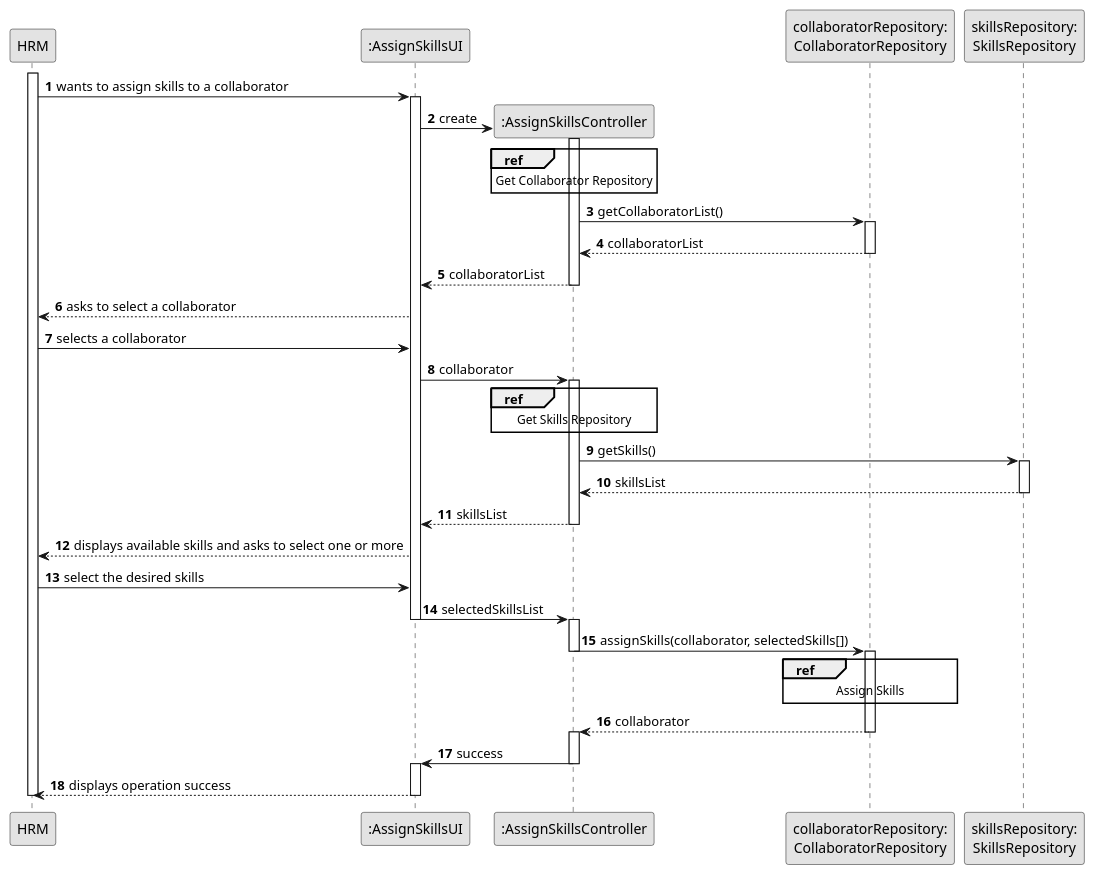
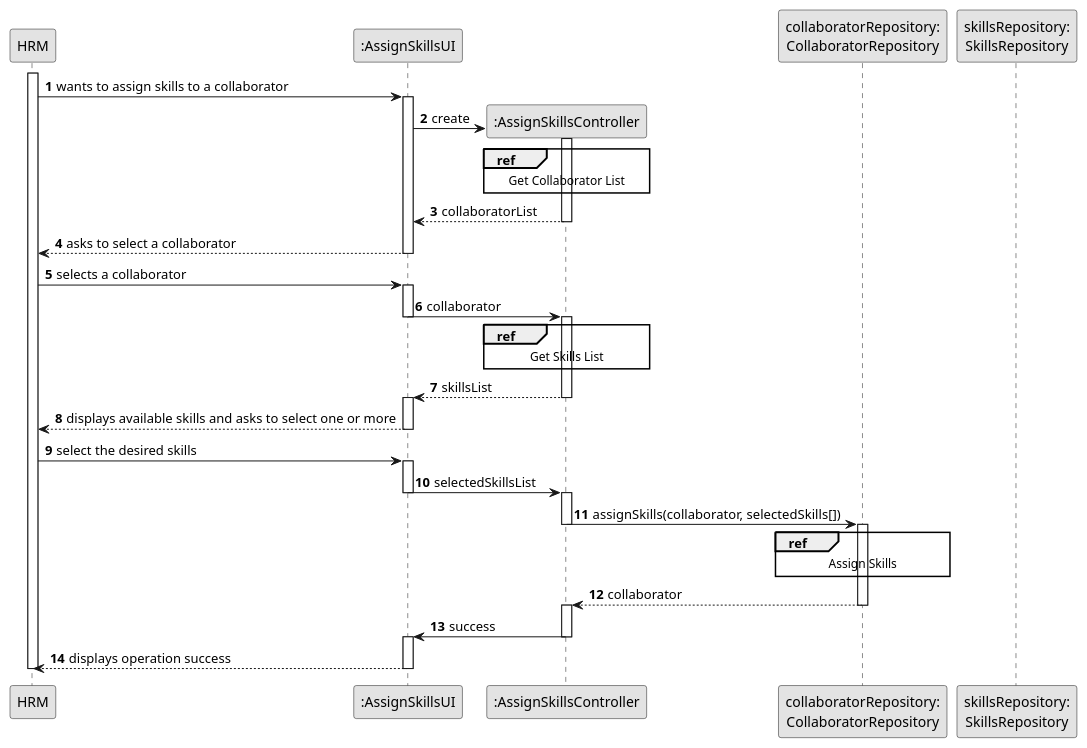
Before and after one commit to ricardomm7/leaflink: the diagram in docs/sprintB/us004/03.design/puml/us004-sequence-diagram-split.puml, drawn with PlantUML. The commit also changed 12 other files, not shown here.

```diff
--- a/docs/sprintB/us004/03.design/puml/us004-sequence-diagram-split.puml
+++ b/docs/sprintB/us004/03.design/puml/us004-sequence-diagram-split.puml
@@ -1,69 +1,77 @@
 @startuml
 skinparam monochrome true
 skinparam packageStyle rectangle
 skinparam shadowing false
 
 autonumber
 
 participant "HRM" as HRM
 participant ":AssignSkillsUI" as UI
 participant ":AssignSkillsController" as CTRL
 participant "collaboratorRepository:\nCollaboratorRepository" as CLBREP
 participant "skillsRepository:\nSkillsRepository" as skillsRepository
 
 
 activate HRM
+
 HRM -> UI : wants to assign skills to a collaborator
 activate UI
+
 UI -> CTRL** : create
 
 
 activate CTRL
 ref over CTRL
-Get Collaborator Repository
+Get Collaborator List
 end ref
 
 
-CTRL -> CLBREP : getCollaboratorList()
-activate CLBREP
-CLBREP --> CTRL : collaboratorList
-deactivate CLBREP
 CTRL --> UI : collaboratorList
 deactivate CTRL
+
 UI --> HRM : asks to select a collaborator
+deactivate UI
+
+
 HRM -> UI : selects a collaborator
+activate UI
+
 UI -> CTRL : collaborator
+deactivate UI
 activate CTRL
 
+
 ref over CTRL
-Get Skills Repository
+Get Skills List
 end ref
-CTRL -> skillsRepository : getSkills()
-activate skillsRepository
-skillsRepository --> CTRL : skillsList
-deactivate skillsRepository
+
 CTRL --> UI : skillsList
 deactivate CTRL
+activate UI
+
 UI --> HRM : displays available skills and asks to select one or more
+deactivate UI
+
 HRM -> UI : select the desired skills
+activate UI
 UI -> CTRL : selectedSkillsList
 deactivate UI
 activate CTRL
 
 
 CTRL -> CLBREP : assignSkills(collaborator, selectedSkills[])
 deactivate CTRL
 activate CLBREP
 ref over CLBREP
 Assign Skills
 end ref
 CLBREP --> CTRL : collaborator
 deactivate CLBREP
 activate CTRL
 CTRL -> UI : success
 deactivate CTRL
 activate UI
 UI --> HRM : displays operation success
 deactivate UI
 deactivate HRM
 @enduml
```
